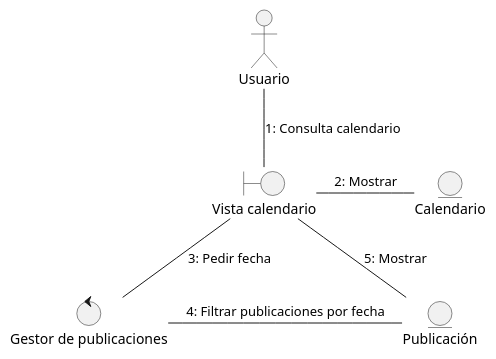
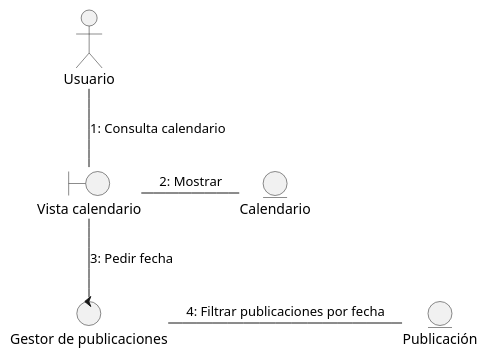
The diagram in docs/scenariosView/collaborationDiagram/useCase-ConsultarCalendario.plantuml (Dayannis-07/ING_SOFT), drawn with PlantUML before and after one commit. The commit also changed 2 other files, not shown here.

Commit message:
Analysis class diagram corrections

```diff
--- a/docs/scenariosView/collaborationDiagram/useCase-ConsultarCalendario.plantuml
+++ b/docs/scenariosView/collaborationDiagram/useCase-ConsultarCalendario.plantuml
@@ -1,14 +1,13 @@
 @startuml Consultar Calendario
 actor Usuario as U
 
 boundary "Vista calendario" as V
 control "Gestor de publicaciones" as G
 entity Publicación as P
 entity Calendario as C
 
 U -- V : "1: Consulta calendario" 
 V-r-C :"2: Mostrar"
 V -- G : "3: Pedir fecha"
 G -r- P : "4: Filtrar publicaciones por fecha"
-P--V :"5: Mostrar"
 @enduml
```
